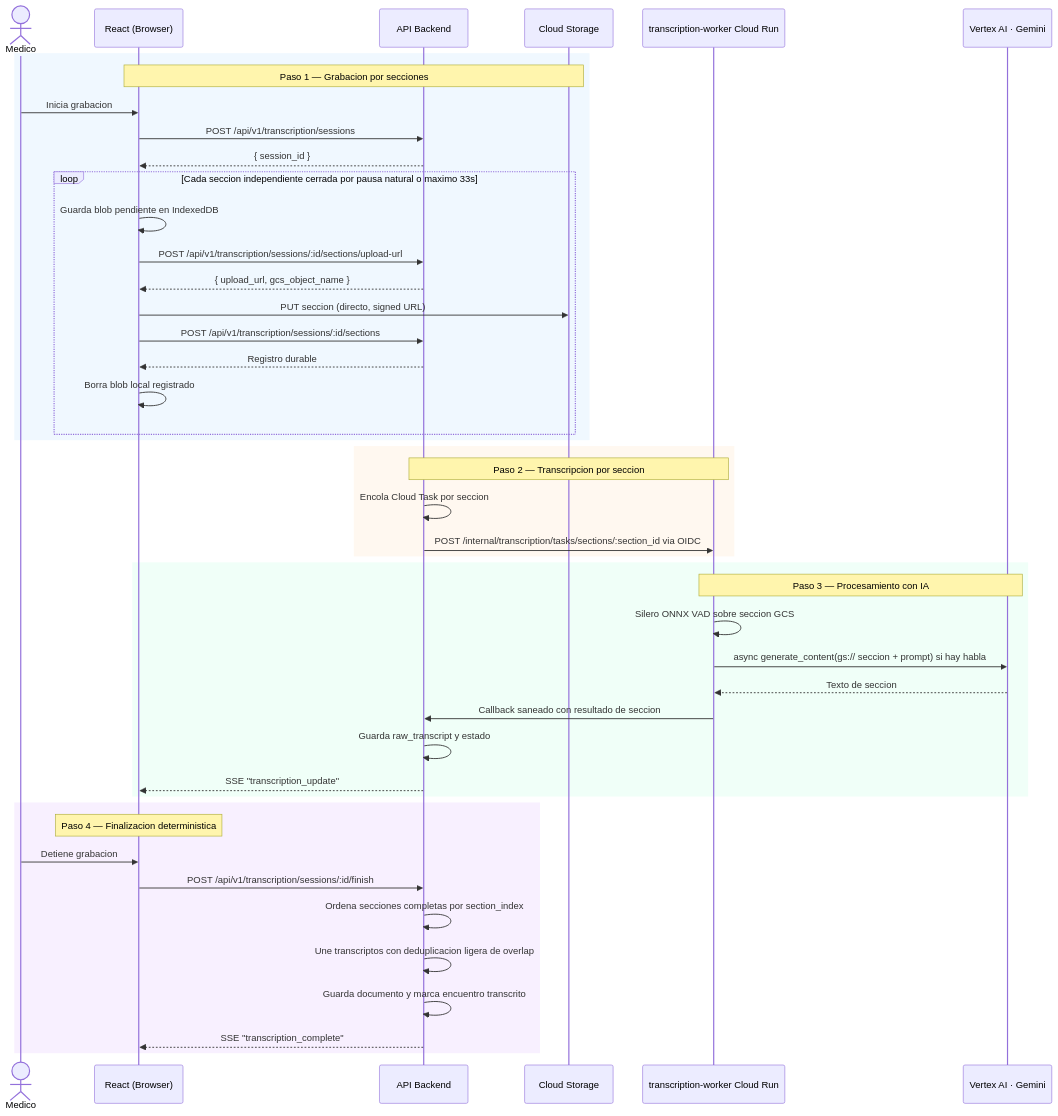
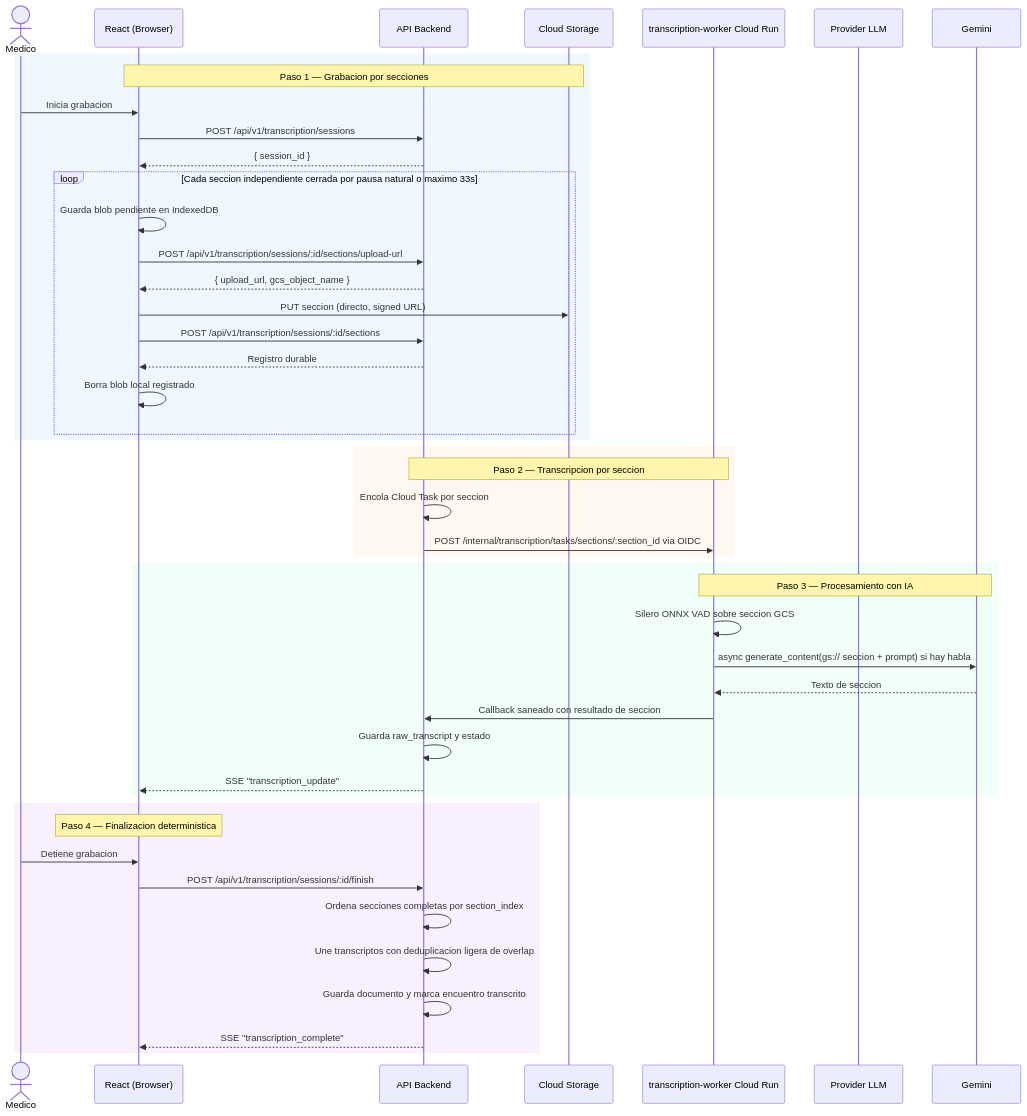
The second of 3 diagrams in docs/architecture/system-overview.md (Jmoreno844/medical-ai-webapp), drawn with Mermaid before and after one commit. The commit also changed other lines of this file and 120 other files, not shown here.

````diff
--- a/docs/architecture/system-overview.md
+++ b/docs/architecture/system-overview.md
@@ -62,51 +62,51 @@
 ```mermaid
 sequenceDiagram
     actor Medico
     participant Browser as React (Browser)
     participant Backend as API Backend
     participant GCS as Cloud Storage
     participant Worker as transcription-worker Cloud Run
-    participant Gemini as Vertex AI · Gemini
+    participant LLM as Provider LLM
 
     rect rgb(240, 248, 255)
         note over Browser,GCS: Paso 1 — Grabacion por secciones
         Medico->>Browser: Inicia grabacion
         Browser->>Backend: POST /api/v1/transcription/sessions
         Backend-->>Browser: { session_id }
         loop Cada seccion independiente cerrada por pausa natural o maximo 33s
             Browser->>Browser: Guarda blob pendiente en IndexedDB
             Browser->>Backend: POST /api/v1/transcription/sessions/:id/sections/upload-url
             Backend-->>Browser: { upload_url, gcs_object_name }
             Browser->>GCS: PUT seccion (directo, signed URL)
             Browser->>Backend: POST /api/v1/transcription/sessions/:id/sections
             Backend-->>Browser: Registro durable
             Browser->>Browser: Borra blob local registrado
         end
     end
 
     rect rgb(255, 248, 240)
         note over Backend,Worker: Paso 2 — Transcripcion por seccion
         Backend->>Backend: Encola Cloud Task por seccion
         Backend->>Worker: POST /internal/transcription/tasks/sections/:section_id via OIDC
     end
 
     rect rgb(240, 255, 248)
         note over Worker,Gemini: Paso 3 — Procesamiento con IA
         Worker->>Worker: Silero ONNX VAD sobre seccion GCS
         Worker->>Gemini: async generate_content(gs:// seccion + prompt) si hay habla
         Gemini-->>Worker: Texto de seccion
         Worker->>Backend: Callback saneado con resultado de seccion
         Backend->>Backend: Guarda raw_transcript y estado
         Backend-->>Browser: SSE "transcription_update"
     end
 
     rect rgb(248, 240, 255)
         note over Browser,Browser: Paso 4 — Finalizacion deterministica
         Medico->>Browser: Detiene grabacion
         Browser->>Backend: POST /api/v1/transcription/sessions/:id/finish
         Backend->>Backend: Ordena secciones completas por section_index
         Backend->>Backend: Une transcriptos con deduplicacion ligera de overlap
         Backend->>Backend: Guarda documento y marca encuentro transcrito
         Backend-->>Browser: SSE "transcription_complete"
     end
 ```
````
